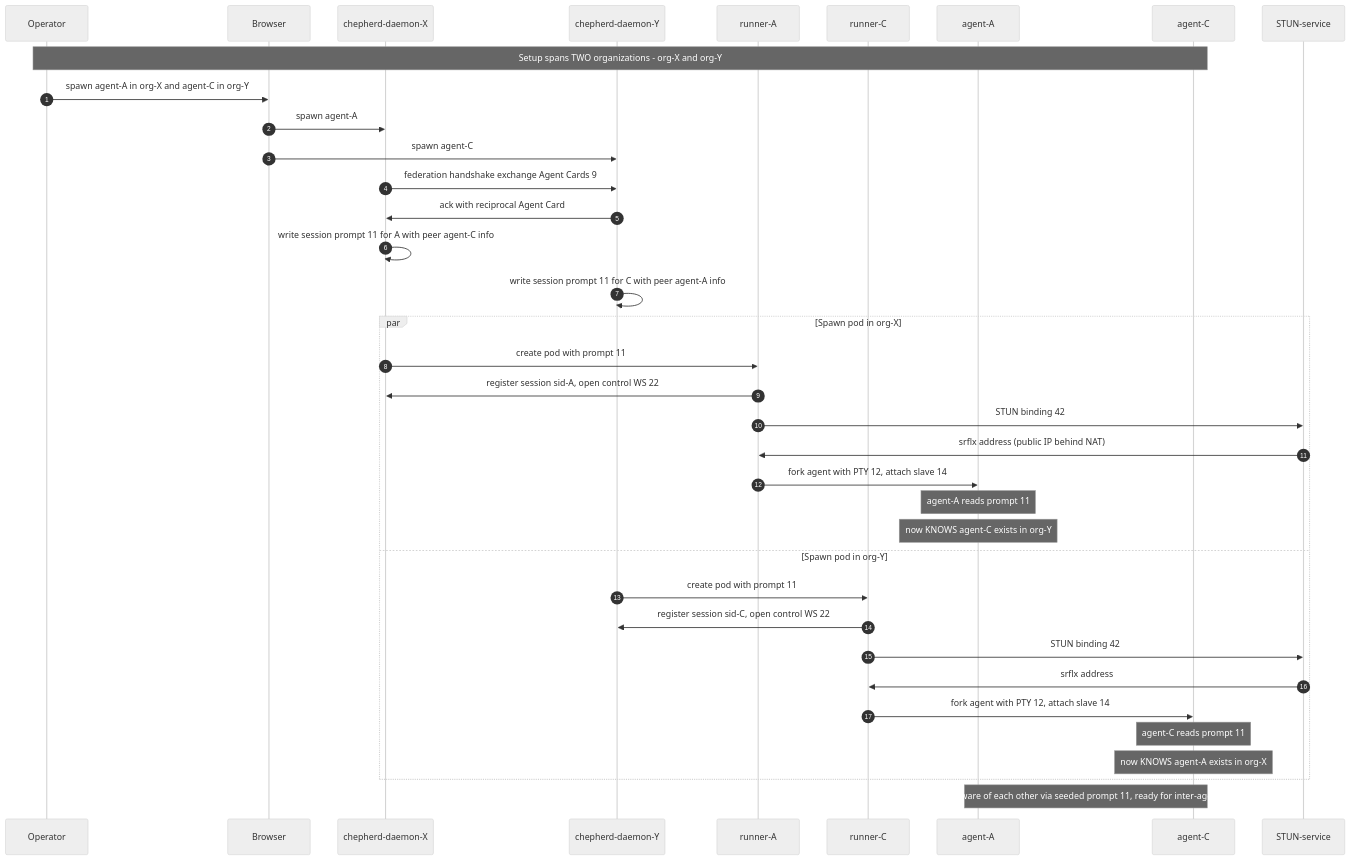
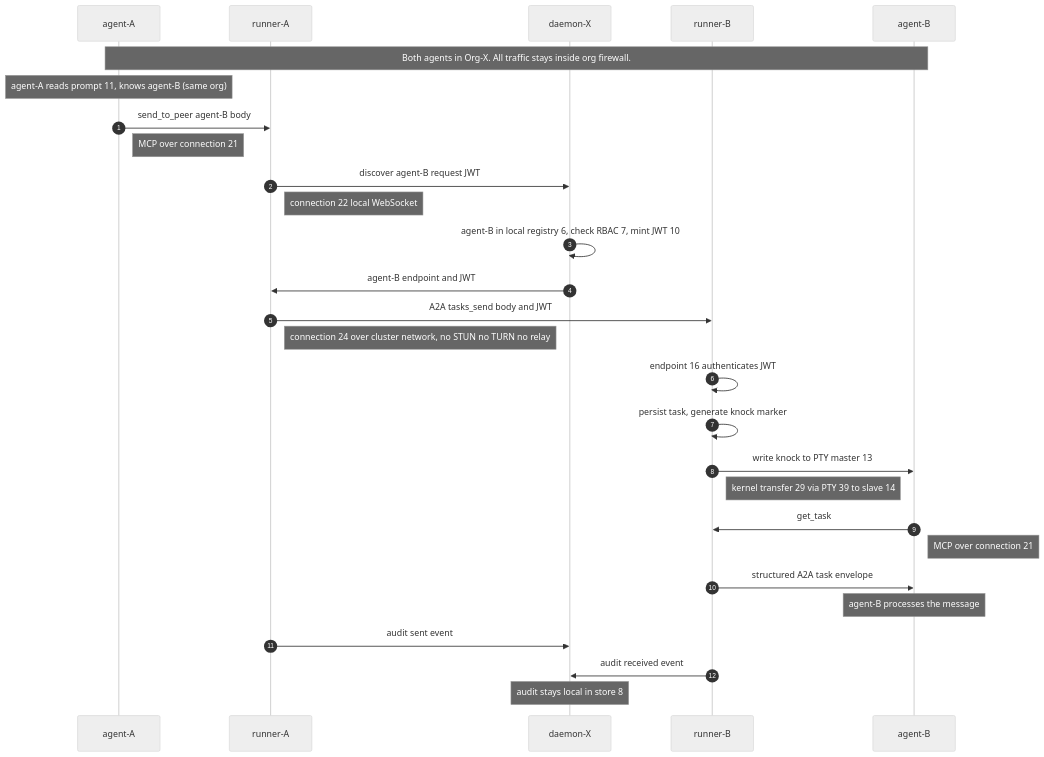
One commit to agenity-org/agenity changed the first of 3 diagrams in docs/V0.9.1-COMPONENT-INVENTORY.md. Above: the diagram before and after it, drawn with Mermaid (neutral theme). The commit also changed other lines of this file, not shown here.

````diff
--- a/docs/V0.9.1-COMPONENT-INVENTORY.md
+++ b/docs/V0.9.1-COMPONENT-INVENTORY.md
@@ -80,44 +119,34 @@
 ```mermaid
 sequenceDiagram
     autonumber
-    participant OP as Operator
-    participant BR as Browser
-    participant CPX as chepherd-daemon-X
-    participant CPY as chepherd-daemon-Y
+    participant A as agent-A
     participant RA as runner-A
-    participant RC as runner-C
-    participant A as agent-A
-    participant C as agent-C
-    participant STUN as STUN-service
+    participant CPX as daemon-X
+    participant RB as runner-B
+    participant B as agent-B
 
-    Note over OP,C: Setup spans TWO organizations - org-X and org-Y
-    OP->>BR: spawn agent-A in org-X and agent-C in org-Y
-    BR->>CPX: spawn agent-A
-    BR->>CPY: spawn agent-C
+    Note over A,B: Both agents in Org-X. All traffic stays inside org firewall.
+    Note over A: agent-A reads prompt 11, knows agent-B (same org)
 
-    CPX->>CPY: federation handshake exchange Agent Cards 9
-    CPY->>CPX: ack with reciprocal Agent Card
+    A->>RA: send_to_peer agent-B body
+    Note right of A: MCP over connection 21
+    RA->>CPX: discover agent-B request JWT
+    Note right of RA: connection 22 local WebSocket
+    CPX->>CPX: agent-B in local registry 6, check RBAC 7, mint JWT 10
+    CPX->>RA: agent-B endpoint and JWT
 
-    CPX->>CPX: write session prompt 11 for A with peer agent-C info
-    CPY->>CPY: write session prompt 11 for C with peer agent-A info
+    RA->>RB: A2A tasks_send body and JWT
+    Note right of RA: connection 24 over cluster network, no STUN no TURN no relay
+    RB->>RB: endpoint 16 authenticates JWT
+    RB->>RB: persist task, generate knock marker
+    RB->>B: write knock to PTY master 13
+    Note right of RB: kernel transfer 29 via PTY 39 to slave 14
+    B->>RB: get_task
+    Note right of B: MCP over connection 21
+    RB->>B: structured A2A task envelope
+    Note over B: agent-B processes the message
 
-    par Spawn pod in org-X
-        CPX->>RA: create pod with prompt 11
-        RA->>CPX: register session sid-A, open control WS 22
-        RA->>STUN: STUN binding 42
-        STUN->>RA: srflx address (public IP behind NAT)
-        RA->>A: fork agent with PTY 12, attach slave 14
-        Note over A: agent-A reads prompt 11
-        Note over A: now KNOWS agent-C exists in org-Y
-    and Spawn pod in org-Y
-        CPY->>RC: create pod with prompt 11
-        RC->>CPY: register session sid-C, open control WS 22
-        RC->>STUN: STUN binding 42
-        STUN->>RC: srflx address
-        RC->>C: fork agent with PTY 12, attach slave 14
-        Note over C: agent-C reads prompt 11
-        Note over C: now KNOWS agent-A exists in org-X
-    end
-
-    Note over A,C: Both agents aware of each other via seeded prompt 11, ready for inter-agent messaging
+    RA->>CPX: audit sent event
+    RB->>CPX: audit received event
+    Note over CPX: audit stays local in store 8
 ```
````
